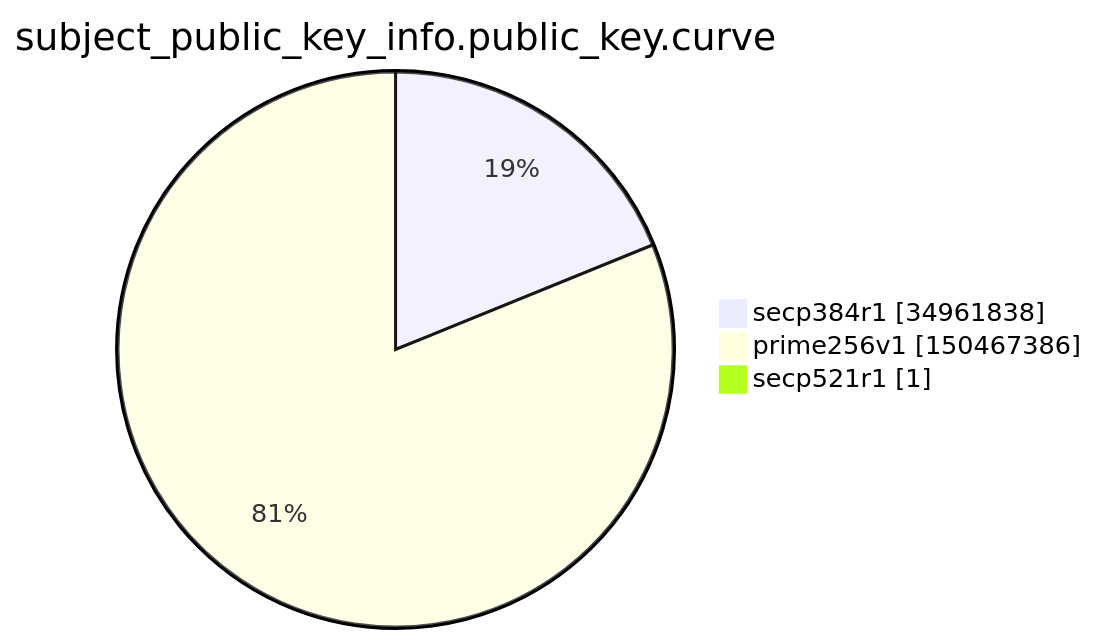
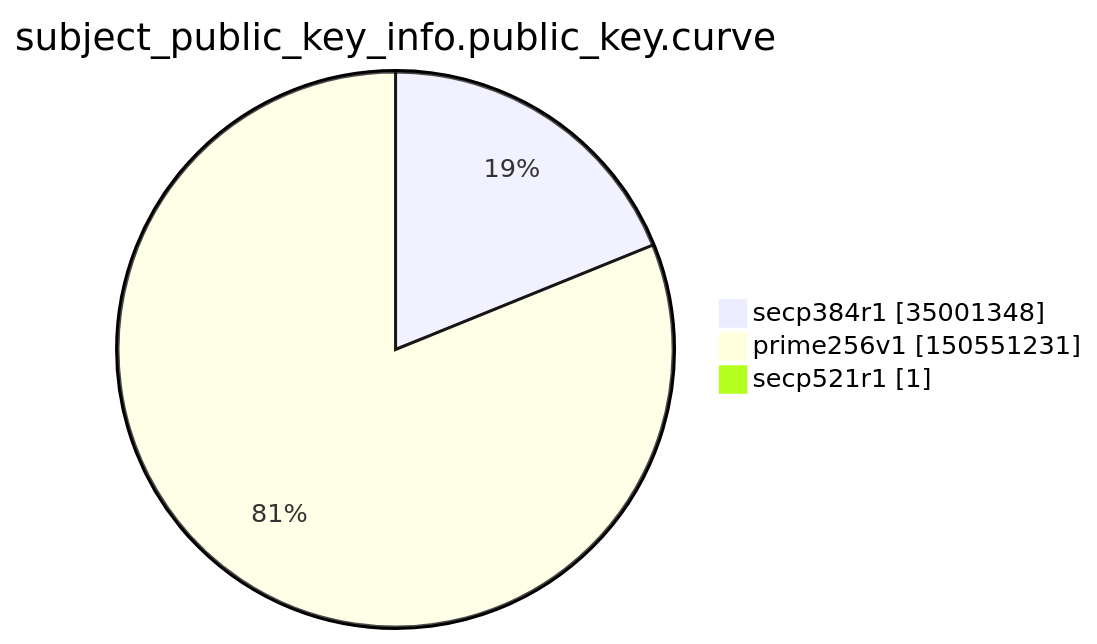
The ninth of 15 diagrams in argon2022/README.md (christiankrug/ctmonitor_visualization), drawn with Mermaid before and after one commit. The commit also changed other lines of this file, not shown here.

````diff
--- a/argon2022/README.md
+++ b/argon2022/README.md
@@ -2765,7 +2765,7 @@
 ```mermaid
 pie showData
 title subject_public_key_info.public_key.curve
-"secp384r1" :34961838
-"prime256v1" :150467386
+"secp384r1" :35001348
+"prime256v1" :150551231
 "secp521r1" :1
 ```
````
